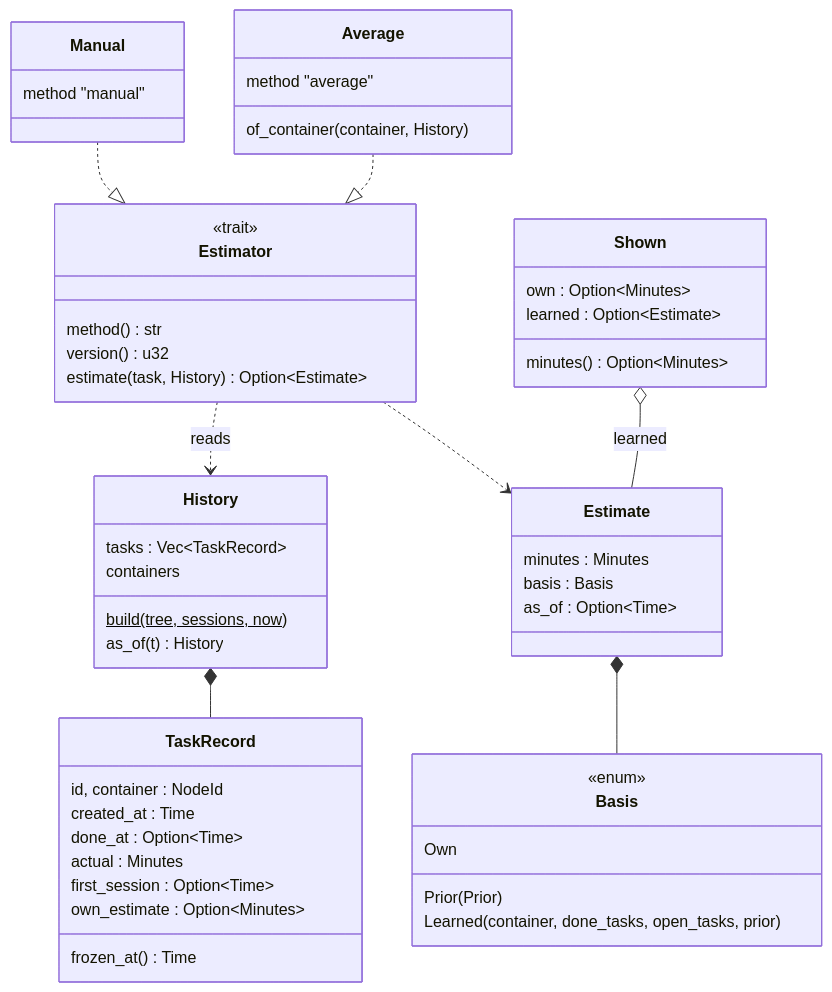
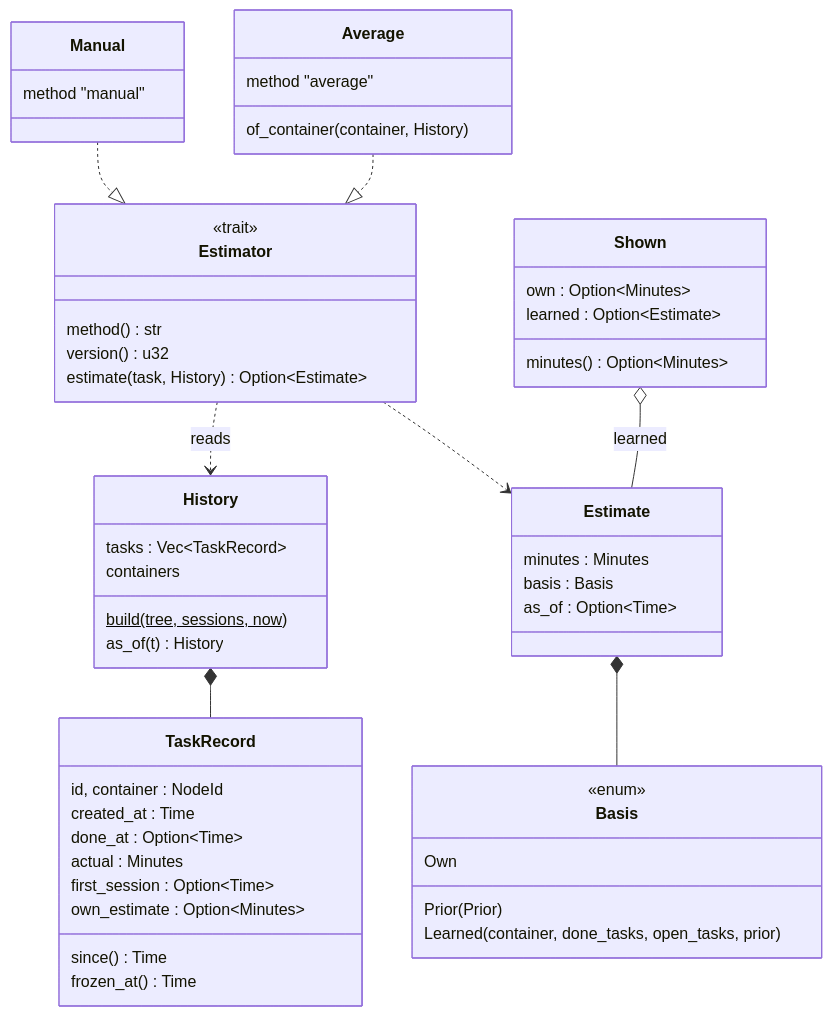
One commit to jqyDee/udo changed the first of 3 diagrams in docs/architecture/estimates.md. Above: the diagram before and after it, drawn with Mermaid. The commit also changed other lines of this file and 6 other files, not shown here.

````diff
--- a/docs/architecture/estimates.md
+++ b/docs/architecture/estimates.md
@@ -8,55 +8,56 @@
 ```mermaid
 classDiagram
     class History {
         tasks : Vec~TaskRecord~
         containers
         build(tree, sessions, now)$
         as_of(t) History
     }
     class TaskRecord {
         id, container : NodeId
         created_at : Time
         done_at : Option~Time~
         actual : Minutes
         first_session : Option~Time~
         own_estimate : Option~Minutes~
+        since() Time
         frozen_at() Time
     }
     class Estimator {
         <<trait>>
         method() str
         version() u32
         estimate(task, History) Option~Estimate~
     }
     class Manual {
         method "manual"
     }
     class Average {
         method "average"
         of_container(container, History)
     }
     class Estimate {
         minutes : Minutes
         basis : Basis
         as_of : Option~Time~
     }
     class Basis {
         <<enum>>
         Own
         Prior(Prior)
         Learned(container, done_tasks, open_tasks, prior)
     }
     class Shown {
         own : Option~Minutes~
         learned : Option~Estimate~
         minutes() Option~Minutes~
     }
 
     History *-- TaskRecord
     Manual ..|> Estimator
     Average ..|> Estimator
     Estimator ..> History : reads
     Estimator ..> Estimate
     Estimate *-- Basis
     Shown o-- Estimate : learned
 ```
````
